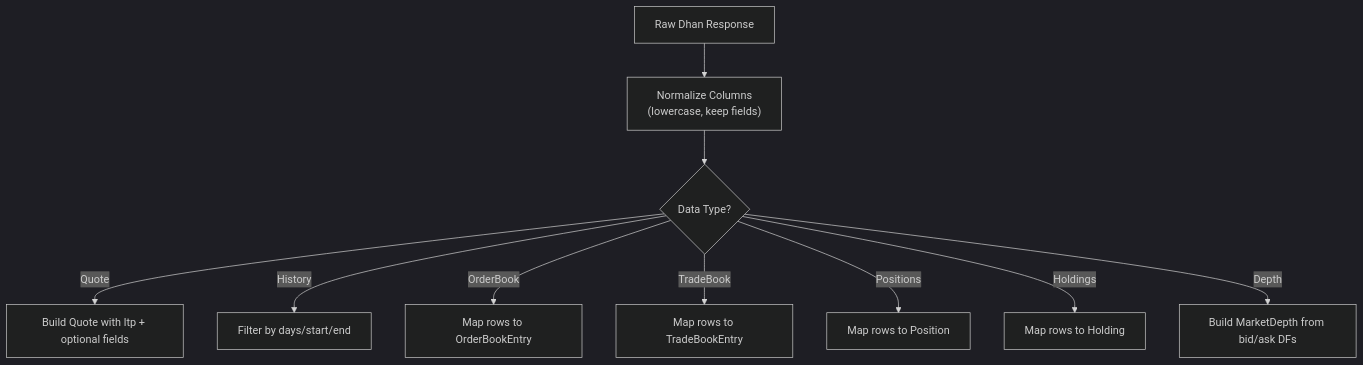
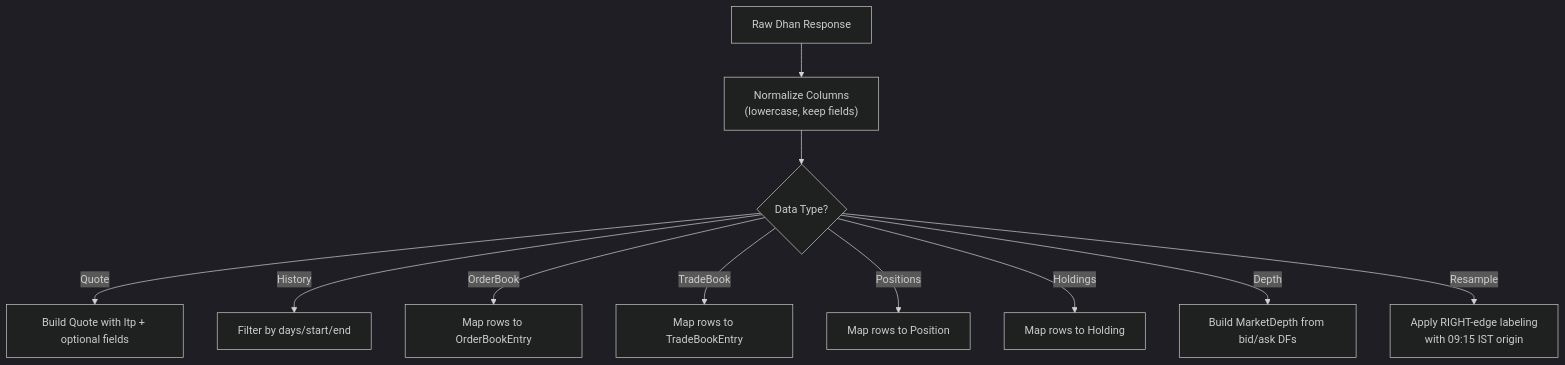
Diagram 12 of 17 in .qoder/repowiki/en/content/Broker Integration/Dhan Broker Implementation.md (Ganesh-Kusundal/nTrade), drawn with Mermaid (dark theme) before and after one commit. The commit also changed other lines of this file and 2201 other files, not shown here.

Commit message:
Integrate completeness: live runner hardening, broker adapter layers, rate-limiting infrastructure, data pipeline (parquet OHLCV + ingestion scripts), contract testing framework, options analytics, and updated architecture/knowledge docs

````diff
--- a/.qoder/repowiki/en/content/Broker Integration/Dhan Broker Implementation.md
+++ b/.qoder/repowiki/en/content/Broker Integration/Dhan Broker Implementation.md
@@ -461,12 +575,13 @@
 ```mermaid
 flowchart TD
 A["Raw Dhan Response"] --> B["Normalize Columns<br/>(lowercase, keep fields)"]
 B --> C{"Data Type?"}
 C --> |Quote| D["Build Quote with ltp + optional fields"]
 C --> |History| E["Filter by days/start/end"]
 C --> |OrderBook| F["Map rows to OrderBookEntry"]
 C --> |TradeBook| G["Map rows to TradeBookEntry"]
 C --> |Positions| H["Map rows to Position"]
 C --> |Holdings| I["Map rows to Holding"]
 C --> |Depth| J["Build MarketDepth from bid/ask DFs"]
+C --> |Resample| K["Apply RIGHT-edge labeling<br/>with 09:15 IST origin"]
 ```
````
